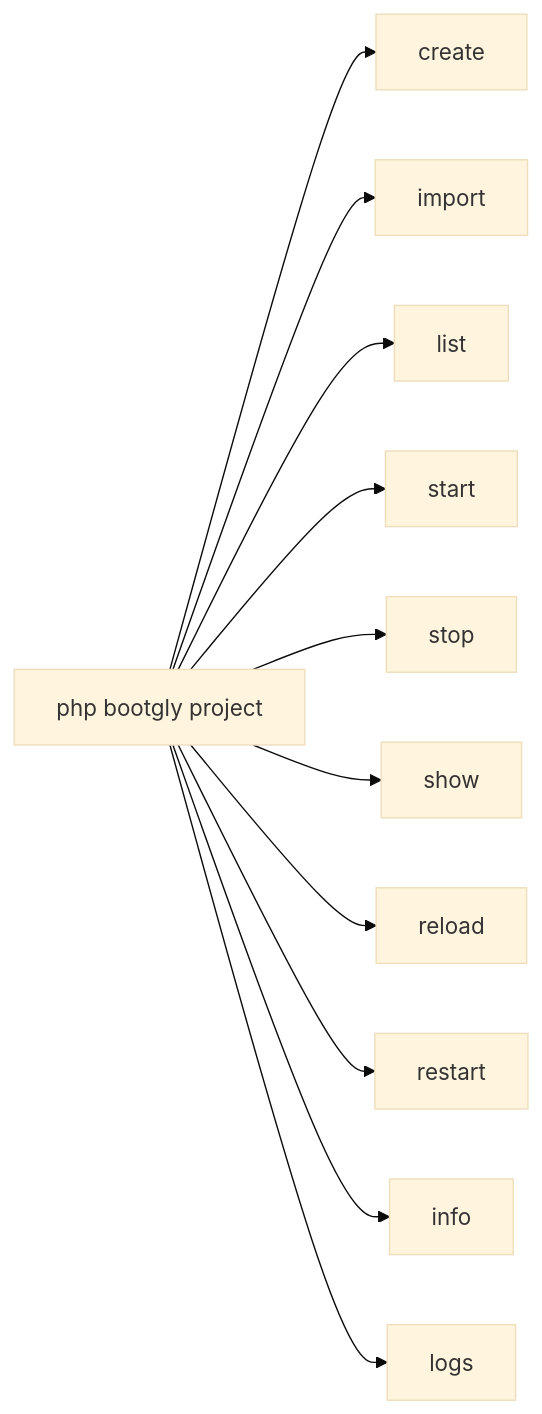
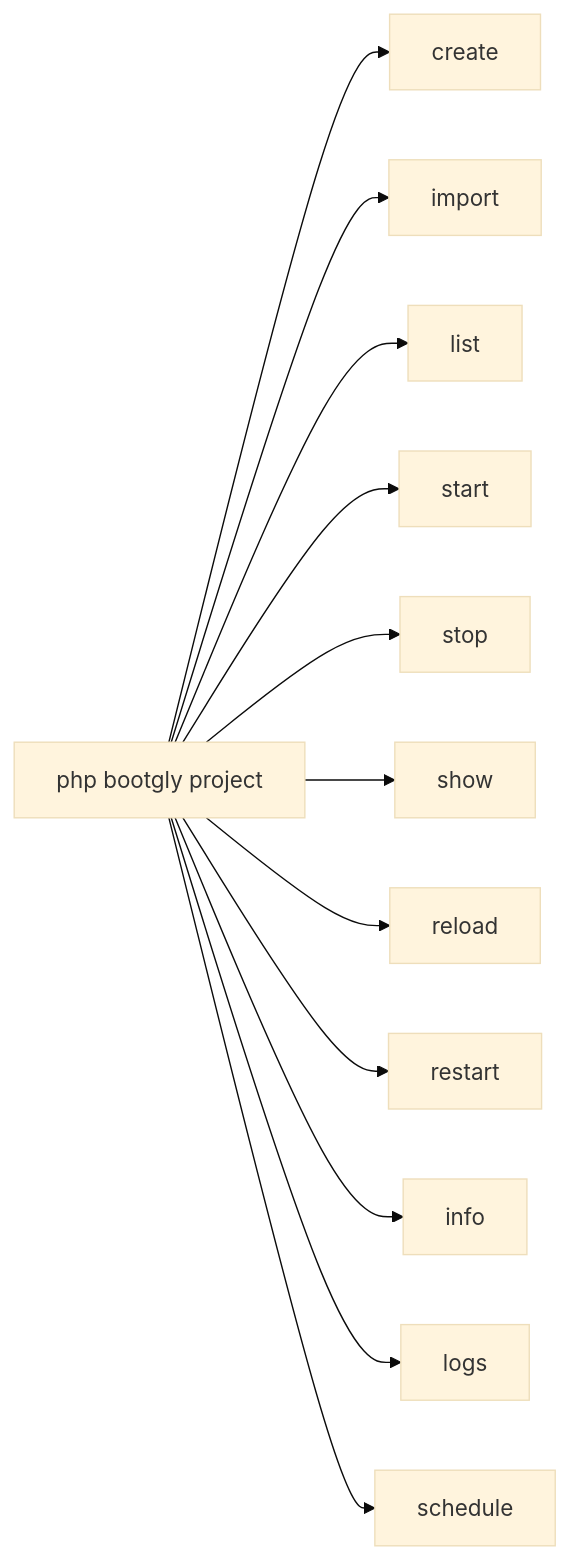
Before and after one commit to bootgly/bootgly_docs: the first of 2 diagrams in src/pages/manual/Bootgly/essential/projects.overview.en-US.md, drawn with Mermaid (base theme). The commit also changed other lines of this file and 3 other files, not shown here.

First line of the commit message:
docs(guide): document the project-scoped scheduler flow

````diff
--- a/src/pages/manual/Bootgly/essential/projects.overview.en-US.md
+++ b/src/pages/manual/Bootgly/essential/projects.overview.en-US.md
@@ -134,14 +134,15 @@
 ```mermaid
 graph LR
   project["php bootgly project"]
   project --> create["create"]
   project --> import["import"]
   project --> list["list"]
   project --> start["start"]
   project --> stop["stop"]
   project --> show["show"]
   project --> reload["reload"]
   project --> restart["restart"]
   project --> info["info"]
   project --> logs["logs"]
+  project --> schedule["schedule"]
 ```
````
